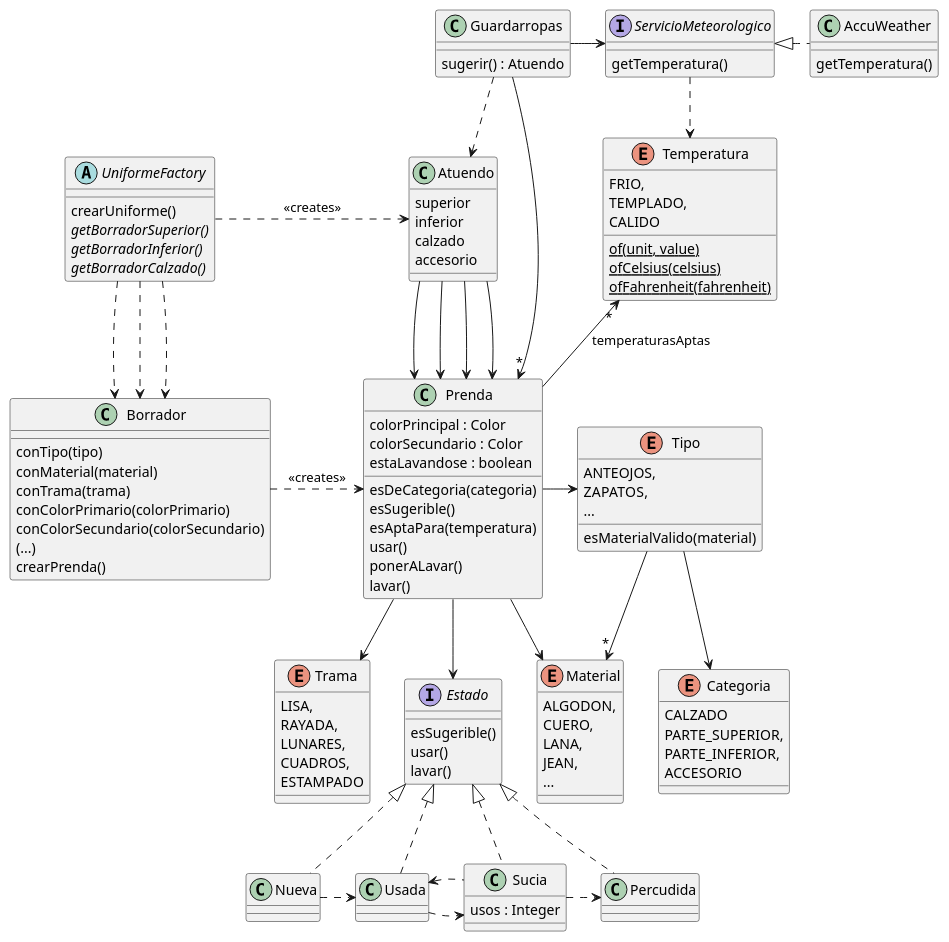
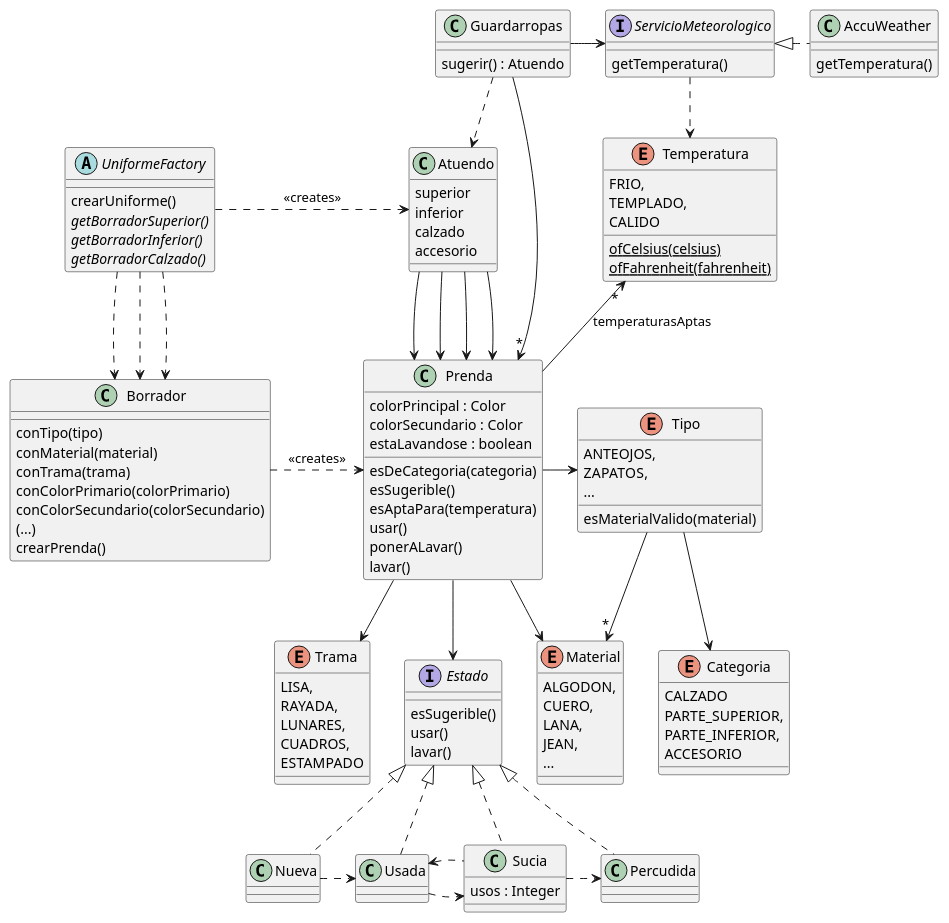
One commit to RaniAgus/dds-2022 changed the diagram in docs/diagramas/iteracion-4.puml. Above: the diagram before and after it, drawn with PlantUML. The commit also changed 2 other files, not shown here.

```diff
--- a/docs/diagramas/iteracion-4.puml
+++ b/docs/diagramas/iteracion-4.puml
@@ -1,139 +1,138 @@
 @startuml iteracion-4
 
 class Guardarropas {
   sugerir() : Atuendo
 }
 
 Guardarropas ..> Atuendo
 Guardarropas -right-> "*" Prenda
 Guardarropas -right-> ServicioMeteorologico
 
 interface ServicioMeteorologico {
     getTemperatura()
 }
 
 ServicioMeteorologico ..> Temperatura
 
 ServicioMeteorologico <|.right. AccuWeather
 
 class AccuWeather {
     getTemperatura()
 }
 
 enum Temperatura {
     FRIO,
     TEMPLADO,
     CALIDO
-    {static} of(unit, value)
     {static} ofCelsius(celsius)
     {static} ofFahrenheit(fahrenheit)
 }
 
 abstract UniformeFactory {
   crearUniforme()
   {abstract} getBorradorSuperior()
   {abstract} getBorradorInferior()
   {abstract} getBorradorCalzado()
 }
 
 UniformeFactory .right.> Atuendo : <<creates>>
 UniformeFactory ..> Borrador
 UniformeFactory ..> Borrador
 UniformeFactory ..> Borrador
 
 class Atuendo {
    superior
    inferior
    calzado
    accesorio
 }
 
 Atuendo --> Prenda
 Atuendo --> Prenda
 Atuendo --> Prenda
 Atuendo --> Prenda
 
 class Borrador {
   conTipo(tipo)
   conMaterial(material)
   conTrama(trama)
   conColorPrimario(colorPrimario)
   conColorSecundario(colorSecundario)
   (...)
   crearPrenda()
 }
 
 Borrador .right.> Prenda : <<creates>>
 
 class Prenda {
  colorPrincipal : Color
  colorSecundario : Color
  estaLavandose : boolean
  esDeCategoria(categoria)
  esSugerible()
  esAptaPara(temperatura)
  usar()
  ponerALavar()
  lavar()
 }
 
 Prenda -up-> "*" Temperatura : "temperaturasAptas"
 Prenda -right-> Tipo
 Prenda --> Material
 Prenda --> Trama
 Prenda --> Estado
 
 enum Material {
   ALGODON,
   CUERO,
   LANA,
   JEAN,
   ...
 }
 
 enum Trama {
   LISA,
   RAYADA,
   LUNARES,
   CUADROS,
   ESTAMPADO
 }
 
 enum Tipo {
   ANTEOJOS,
   ZAPATOS,
   ...
   esMaterialValido(material)
 }
 
 Tipo --> "*" Material
 Tipo --> Categoria
 
 enum Categoria {
   CALZADO
   PARTE_SUPERIOR,
   PARTE_INFERIOR,
   ACCESORIO
 }
 
 interface Estado {
  esSugerible()
  usar()
  lavar()
 }
 
 Estado <|.. Nueva
 Estado <|.. Usada
 Estado <|.. Sucia
 Estado <|.. Percudida
 
 Nueva .right.> Usada
 Usada .right.> Sucia
 Sucia .left.> Usada
 Sucia .right.> Percudida
 
 class Sucia {
   usos : Integer
 }
 
 @enduml
```
